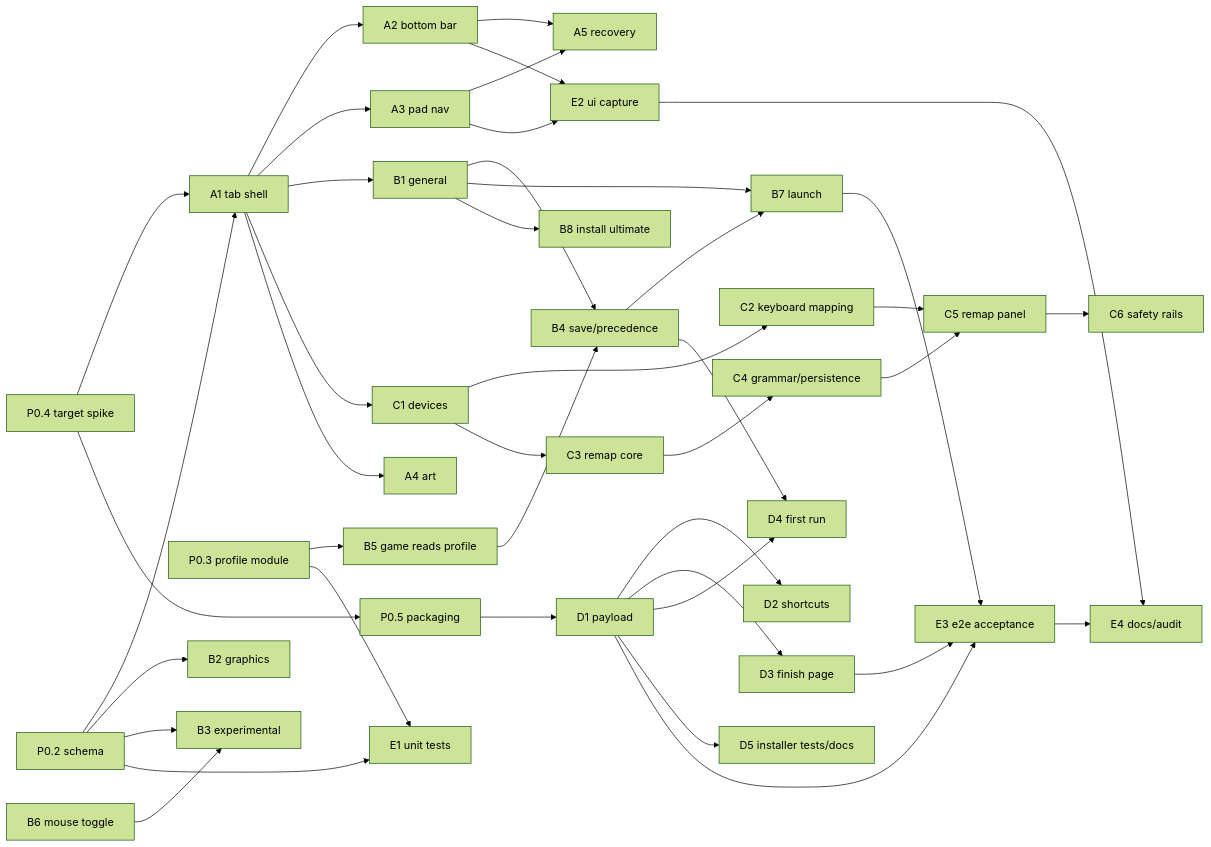
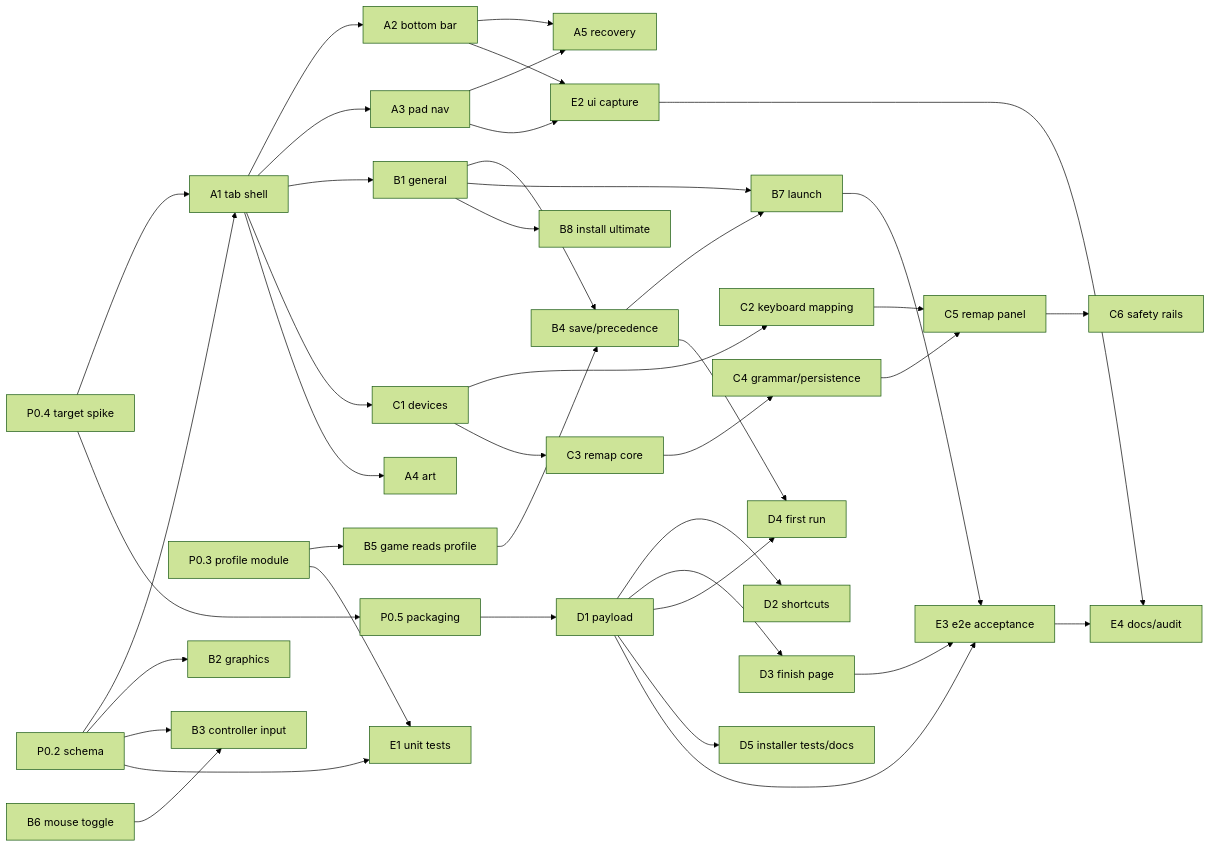
Before and after one commit to gabrielofavero/rb-blitz-xenon-recomp: the diagram in docs/plans/launcher-plan.md, drawn with Mermaid (forest theme). The commit also changed other lines of this file and 5 other files, not shown here.

````diff
--- a/docs/plans/launcher-plan.md
+++ b/docs/plans/launcher-plan.md
@@ -1021,43 +1083,43 @@
 ```mermaid
 graph LR
   P02[P0.2 schema] --> A1[A1 tab shell]
   P04[P0.4 target spike] --> A1
   P03[P0.3 profile module] --> B5[B5 game reads profile]
   P02 --> B2[B2 graphics]
-  P02 --> B3[B3 experimental]
+  P02 --> B3[B3 controller input]
   B6[B6 mouse toggle] --> B3
   A1 --> A2[A2 bottom bar]
   A1 --> A3[A3 pad nav]
   A1 --> B1[B1 general]
   A1 --> C1[C1 devices]
   A1 --> A4[A4 art]
   B1 --> B4[B4 save/precedence]
   B5 --> B4
   B4 --> B7[B7 launch]
   B1 --> B7
   B1 --> B8[B8 install ultimate]
   A2 --> A5[A5 recovery]
   A3 --> A5
   C1 --> C2[C2 keyboard mapping]
   C1 --> C3[C3 remap core]
   C3 --> C4[C4 grammar/persistence]
   C2 --> C5[C5 remap panel]
   C4 --> C5
   C5 --> C6[C6 safety rails]
   P05[P0.5 packaging] --> D1[D1 payload]
   P04 --> P05
   D1 --> D2[D2 shortcuts]
   D1 --> D3[D3 finish page]
   D1 --> D4[D4 first run]
   B4 --> D4
   D1 --> D5[D5 installer tests/docs]
   P02 --> E1[E1 unit tests]
   P03 --> E1
   B7 --> E3[E3 e2e acceptance]
   D1 --> E3
   D3 --> E3
   A3 --> E2[E2 ui capture]
   A2 --> E2
   E3 --> E4[E4 docs/audit]
   E2 --> E4
 ```
````
